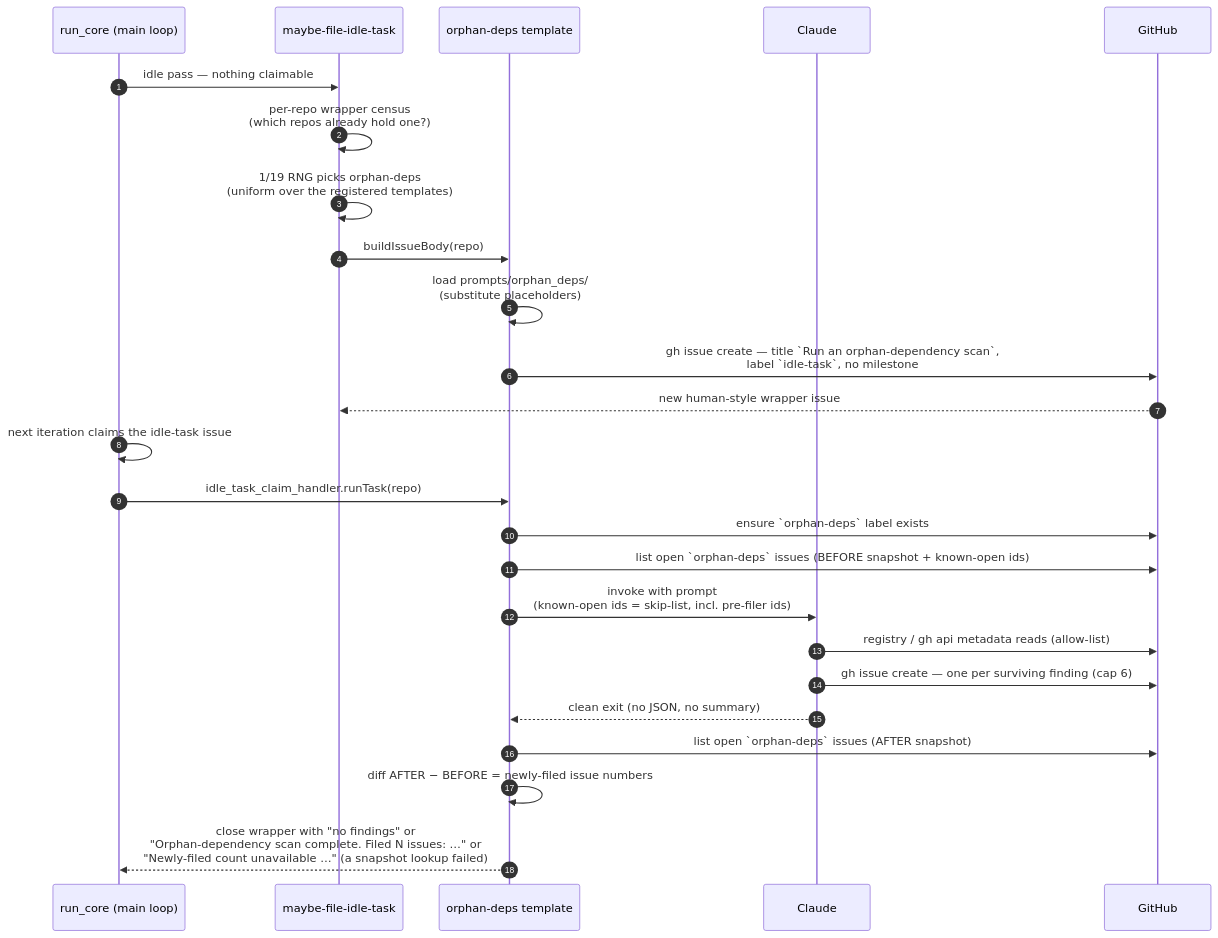
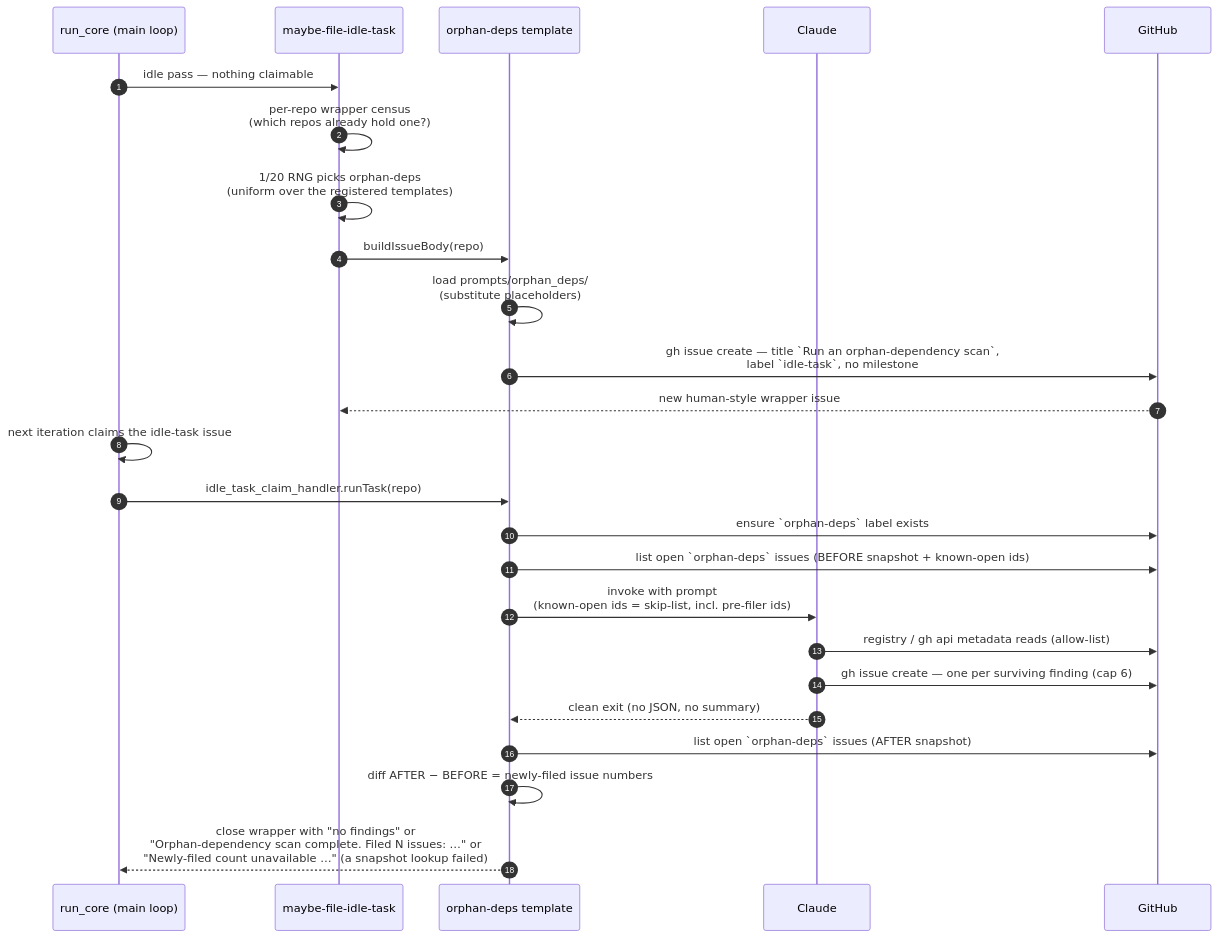
The second of 4 diagrams in docs/ORPHAN-DEPS-SCAN.md (stSoftwareAU/VibeCoder), drawn with Mermaid before and after one commit. The commit also changed other lines of this file and 30 other files, not shown here.

````diff
--- a/docs/ORPHAN-DEPS-SCAN.md
+++ b/docs/ORPHAN-DEPS-SCAN.md
@@ -198,28 +198,28 @@
 ```mermaid
 sequenceDiagram
     autonumber
     participant Main as run_core (main loop)
     participant Filer as maybe-file-idle-task
     participant Template as orphan-deps template
     participant Claude
     participant GH as GitHub
 
     Main->>Filer: idle pass — nothing claimable
     Filer->>Filer: per-repo wrapper census<br/>(which repos already hold one?)
-    Filer->>Filer: 1/19 RNG picks orphan-deps<br/>(uniform over the registered templates)
+    Filer->>Filer: 1/20 RNG picks orphan-deps<br/>(uniform over the registered templates)
     Filer->>Template: buildIssueBody(repo)
     Template->>Template: load prompts/orphan_deps/<br/>(substitute placeholders)
     Template->>GH: gh issue create — title `Run an orphan-dependency scan`,<br/>label `idle-task`, no milestone
     GH-->>Filer: new human-style wrapper issue
     Main->>Main: next iteration claims the idle-task issue
     Main->>Template: idle_task_claim_handler.runTask(repo)
     Template->>GH: ensure `orphan-deps` label exists
     Template->>GH: list open `orphan-deps` issues (BEFORE snapshot + known-open ids)
     Template->>Claude: invoke with prompt<br/>(known-open ids = skip-list, incl. pre-filer ids)
     Claude->>GH: registry / gh api metadata reads (allow-list)
     Claude->>GH: gh issue create — one per surviving finding (cap 6)
     Claude-->>Template: clean exit (no JSON, no summary)
     Template->>GH: list open `orphan-deps` issues (AFTER snapshot)
     Template->>Template: diff AFTER − BEFORE = newly-filed issue numbers
     Template-->>Main: close wrapper with "no findings" or<br/>"Orphan-dependency scan complete. Filed N issues: …" or<br/>"Newly-filed count unavailable …" (a snapshot lookup failed)
 ```
````
